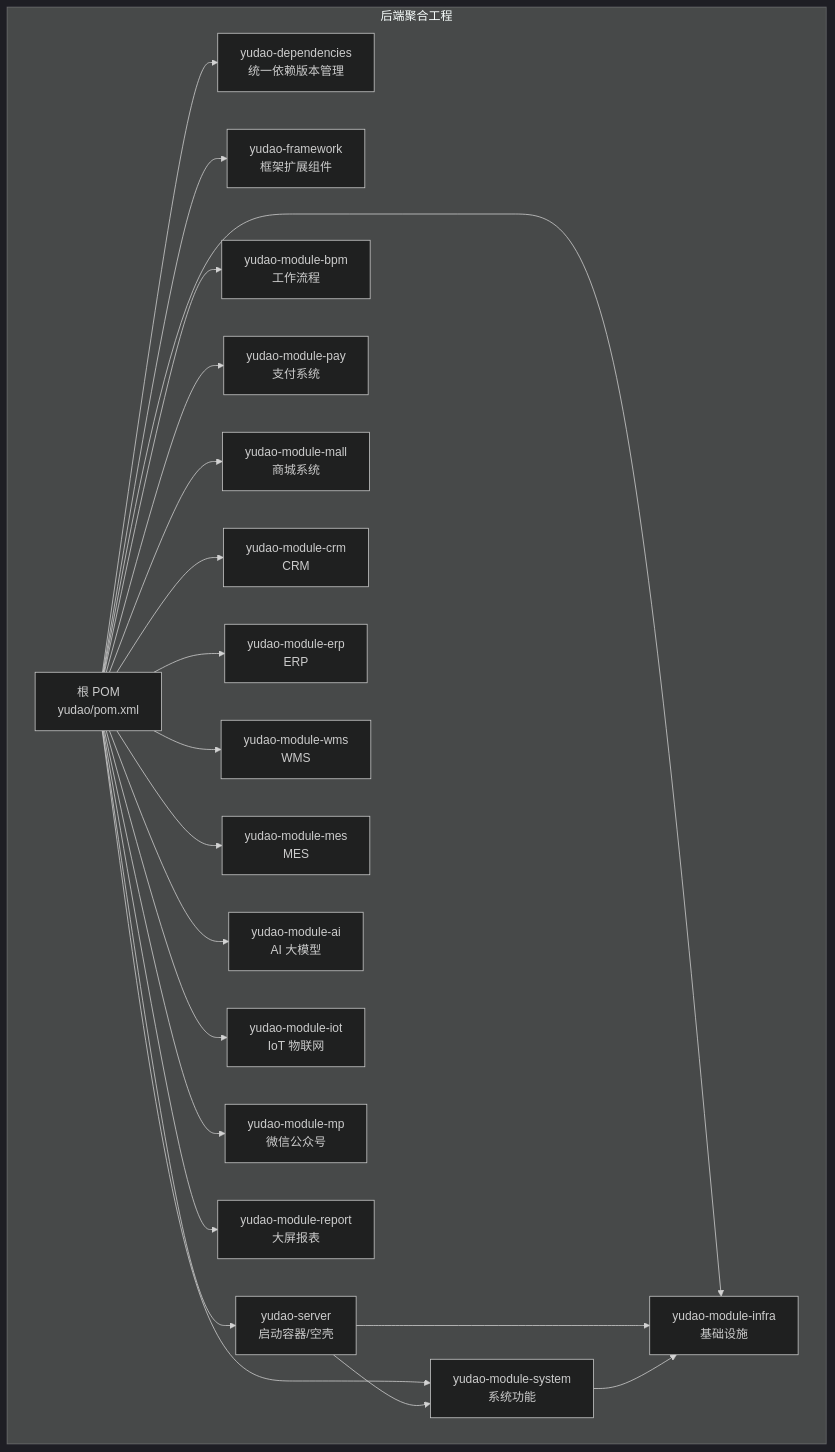
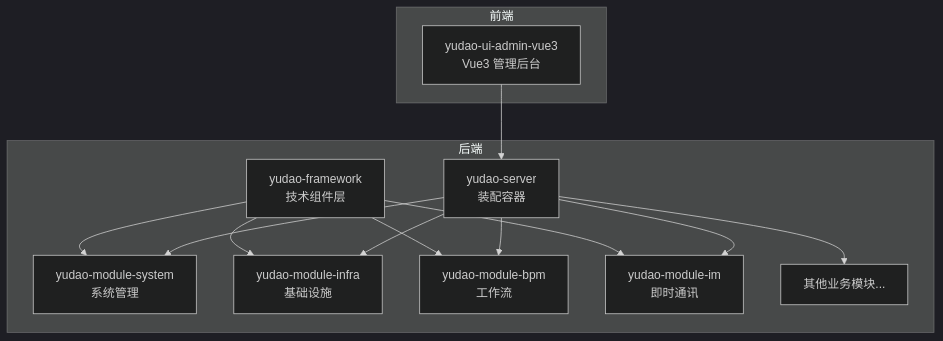
One commit to xiaoche80s-tech/rouyi-vue-pro changed the first of 8 diagrams in .qoder/repowiki/zh/content/项目概述.md. Above: the diagram before and after it, drawn with Mermaid (dark theme). The commit also changed other lines of this file and 840 other files, not shown here.

````diff
--- a/.qoder/repowiki/zh/content/项目概述.md
+++ b/.qoder/repowiki/zh/content/项目概述.md
@@ -36,41 +36,25 @@
 ```mermaid
 graph TB
-subgraph "后端聚合工程"
-Root["根 POM<br/>yudao/pom.xml"]
-Deps["yudao-dependencies<br/>统一依赖版本管理"]
-Fwk["yudao-framework<br/>框架扩展组件"]
-Server["yudao-server<br/>启动容器/空壳"]
-Sys["yudao-module-system<br/>系统功能"]
-Infra["yudao-module-infra<br/>基础设施"]
-BPM["yudao-module-bpm<br/>工作流程"]
-Pay["yudao-module-pay<br/>支付系统"]
-Mall["yudao-module-mall<br/>商城系统"]
-CRM["yudao-module-crm<br/>CRM"]
-ERP["yudao-module-erp<br/>ERP"]
-WMS["yudao-module-wms<br/>WMS"]
-MES["yudao-module-mes<br/>MES"]
-AI["yudao-module-ai<br/>AI 大模型"]
-IoT["yudao-module-iot<br/>IoT 物联网"]
-MP["yudao-module-mp<br/>微信公众号"]
-Report["yudao-module-report<br/>大屏报表"]
+subgraph "后端"
+server["yudao-server<br/>装配容器"]
+framework["yudao-framework<br/>技术组件层"]
+sys["yudao-module-system<br/>系统管理"]
+infra["yudao-module-infra<br/>基础设施"]
+bpm["yudao-module-bpm<br/>工作流"]
+im["yudao-module-im<br/>即时通讯"]
+others["其他业务模块..."]
 end
-Root --> Deps
-Root --> Fwk
-Root --> Server
-Root --> Sys
-Root --> Infra
-Root --> BPM
-Root --> Pay
-Root --> Mall
-Root --> CRM
-Root --> ERP
-Root --> WMS
-Root --> MES
-Root --> AI
-Root --> IoT
-Root --> MP
-Root --> Report
-Server --> Sys
-Server --> Infra
-Sys --> Infra
+subgraph "前端"
+ui_admin["yudao-ui-admin-vue3<br/>Vue3 管理后台"]
+end
+ui_admin --> server
+server --> sys
+server --> infra
+server --> bpm
+server --> im
+server --> others
+framework --> sys
+framework --> infra
+framework --> bpm
+framework --> im
 ```
````
